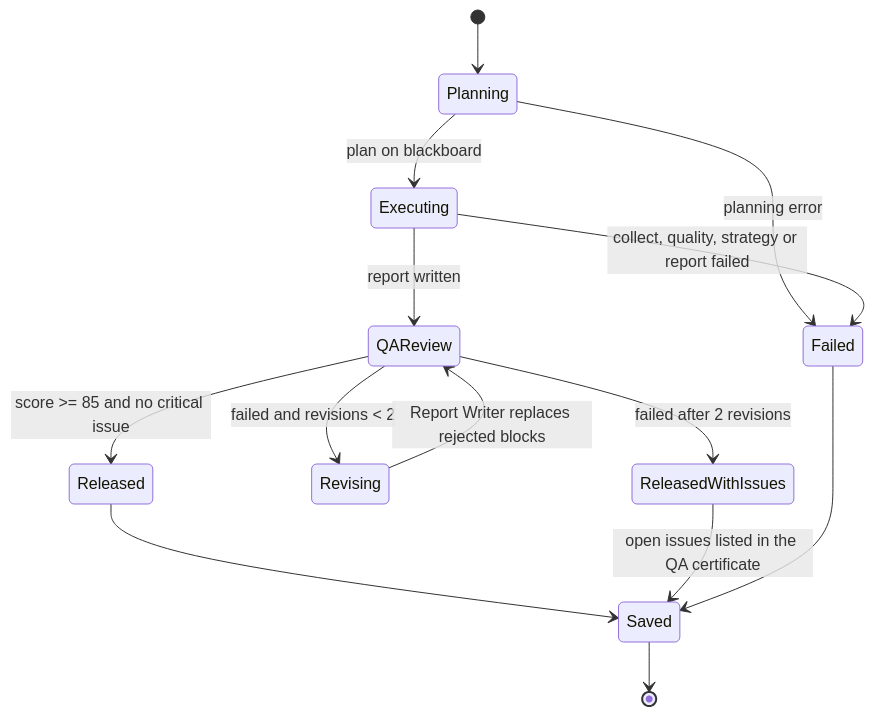
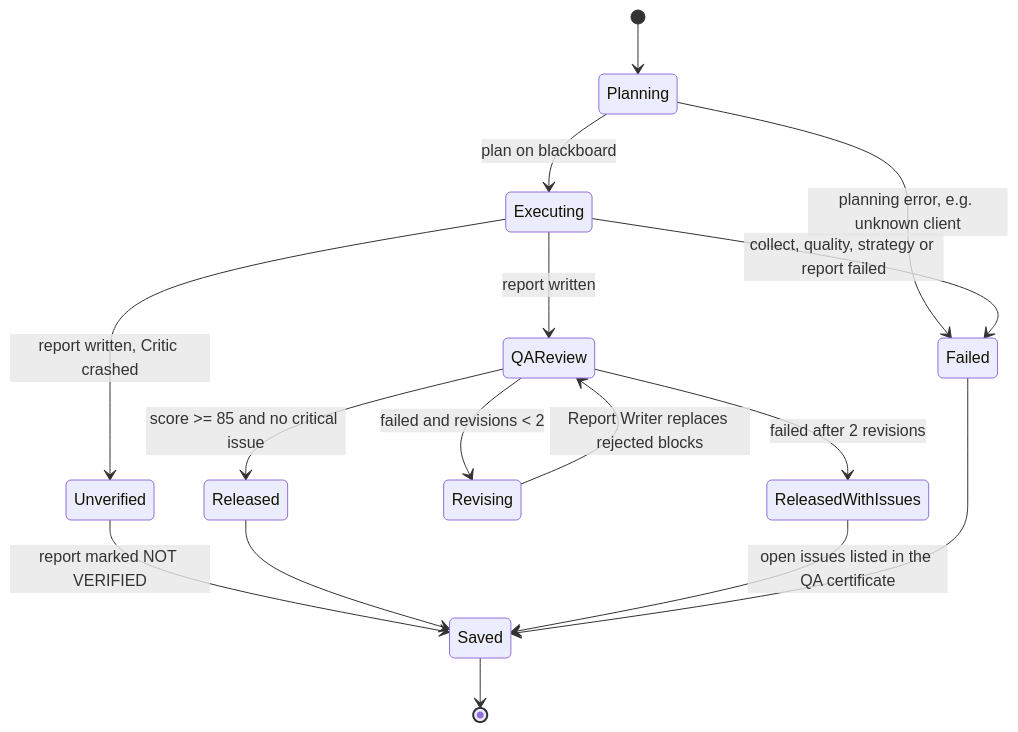
Before and after one commit to zidanarsyad/marketmind: the seventh of 12 diagrams in docs/ARCHITECTURE.md, drawn with Mermaid. The commit also changed other lines of this file and 16 other files, not shown here.

First line of the commit message:
Validate client names, flag runs the Critic did not check, keep the dashboard local

````diff
--- a/docs/ARCHITECTURE.md
+++ b/docs/ARCHITECTURE.md
@@ -321,16 +321,18 @@
 ```mermaid
 stateDiagram-v2
     [*] --> Planning
     Planning --> Executing: plan on blackboard
-    Planning --> Failed: planning error
+    Planning --> Failed: planning error, e.g. unknown client
+    Executing --> Unverified: report written, Critic crashed
+    Unverified --> Saved: report marked NOT VERIFIED
     Executing --> QAReview: report written
     Executing --> Failed: collect, quality, strategy or report failed
     QAReview --> Released: score >= 85 and no critical issue
     QAReview --> Revising: failed and revisions < 2
     Revising --> QAReview: Report Writer replaces rejected blocks
     QAReview --> ReleasedWithIssues: failed after 2 revisions
     Released --> Saved
     ReleasedWithIssues --> Saved: open issues listed in the QA certificate
     Failed --> Saved
     Saved --> [*]
 ```
````
